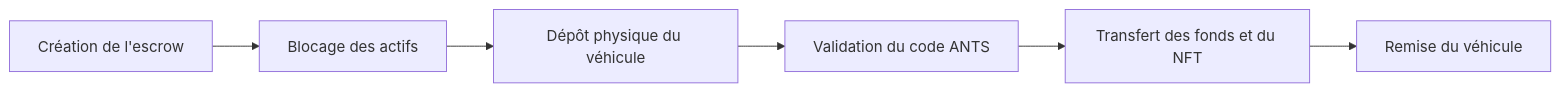
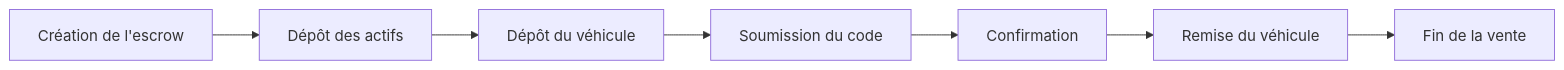
Before and after one commit to Alexsilva43/Projet_final: the first of 4 diagrams in README.md, drawn with Mermaid. The commit also changed other lines of this file and 1 other file, not shown here.

Commit message:
Update code and doc

````diff
--- a/README.md
+++ b/README.md
@@ -113,10 +181,11 @@
 ```mermaid
 flowchart LR
 
 A[Création de l'escrow]
---> B[Blocage des actifs]
---> C[Dépôt physique du véhicule]
---> D[Validation du code ANTS]
---> E[Transfert des fonds et du NFT]
+--> B[Dépôt des actifs]
+--> C[Dépôt du véhicule]
+--> D[Soumission du code]
+--> E[Confirmation]
 --> F[Remise du véhicule]
+--> G[Fin de la vente]
 ```
````
